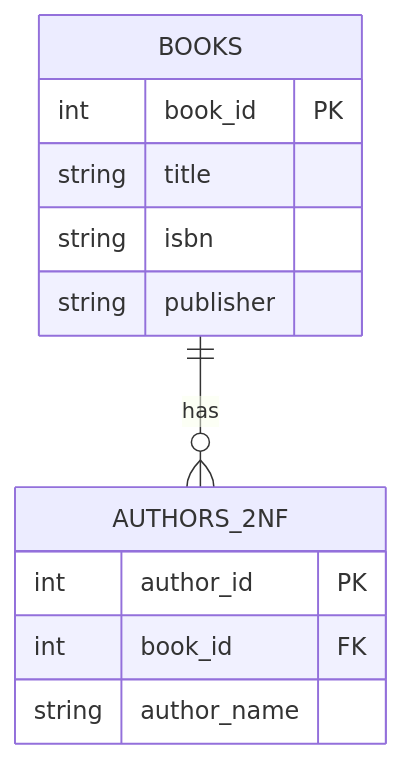
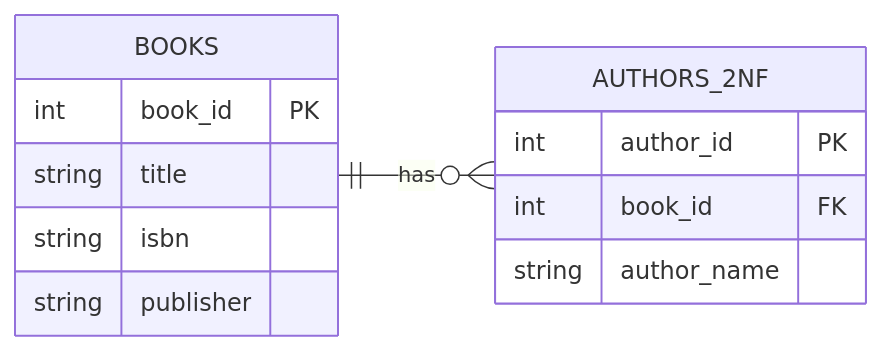
Before and after one commit to AdyGCode/SaaS-FED-Notes: the sixth of 8 diagrams in 2026/Session-05/Slides-05-03-Database-Design-Normalisation/slides.md, drawn with Mermaid. The commit also changed other lines of this file and 4 other files, not shown here.

````diff
--- a/2026/Session-05/Slides-05-03-Database-Design-Normalisation/slides.md
+++ b/2026/Session-05/Slides-05-03-Database-Design-Normalisation/slides.md
@@ -810,15 +523,16 @@
 ```mermaid
-erDiagram
+erDiagram 
+    direction LR
     BOOKS {
         int book_id PK
         string title
         string isbn
         string publisher
     }
     AUTHORS_2NF {
         int author_id PK
         int book_id FK
         string author_name
     }
     BOOKS ||--o{ AUTHORS_2NF : has
 ```
````
